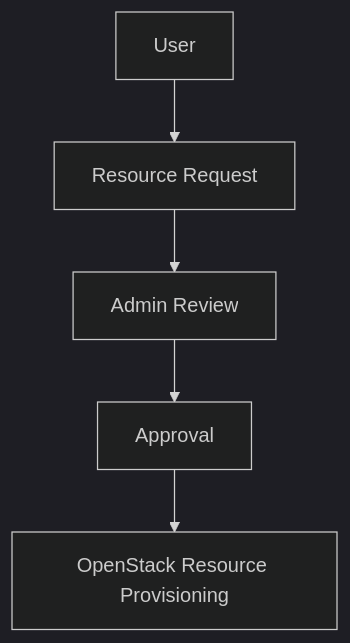
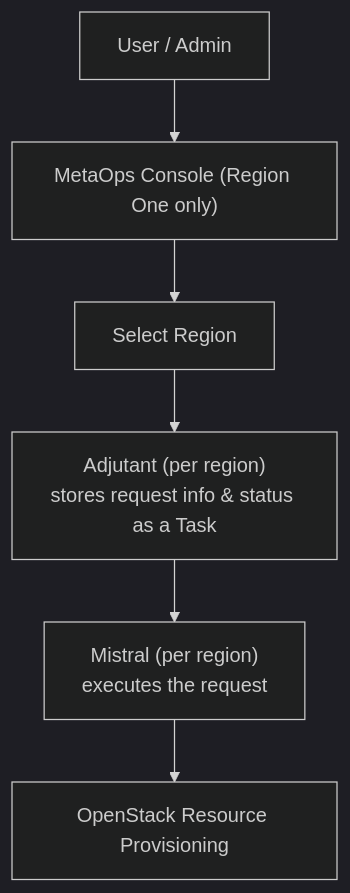
The second of 5 diagrams in projects/metaops.qmd (ahreumlee-dev/ar-dev-docs), drawn with Mermaid (dark theme) before and after one commit. The commit also changed other lines of this file, not shown here.

Commit message:
Add detailed Resource Request/Approval architecture and scenarios

````diff
--- a/projects/metaops.qmd
+++ b/projects/metaops.qmd
@@ -102,7 +106,8 @@
 ```{mermaid}
 flowchart TD
-    U[User] --> RQ[Resource Request]
-    RQ --> AR[Admin Review]
-    AR --> AP[Approval]
-    AP --> PR[OpenStack Resource Provisioning]
+    U[User / Admin] --> MC["MetaOps Console (Region One only)"]
+    MC --> RS[Select Region]
+    RS --> AJ["Adjutant (per region)<br/>stores request info & status as a Task"]
+    AJ --> MI["Mistral (per region)<br/>executes the request"]
+    MI --> OS[OpenStack Resource Provisioning]
 ```
````
